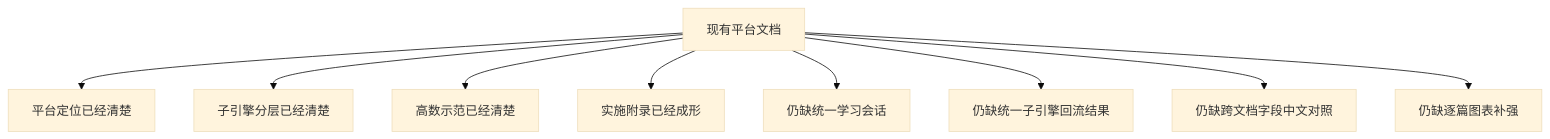
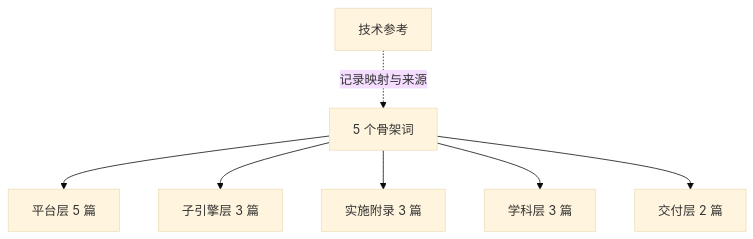
One commit to chenqsq/doc-showcase changed the third of 4 diagrams in CLAW_CODE_ANALYSIS_REPORT.md. Above: the diagram before and after it, drawn with Mermaid (base theme). The commit also changed other lines of this file and 17 other files, not shown here.

````diff
--- a/CLAW_CODE_ANALYSIS_REPORT.md
+++ b/CLAW_CODE_ANALYSIS_REPORT.md
@@ -126,11 +126,9 @@
 ```mermaid
 flowchart TD
-    A[现有平台文档] --> B[平台定位已经清楚]
-    A --> C[子引擎分层已经清楚]
-    A --> D[高数示范已经清楚]
-    A --> E[实施附录已经成形]
-    A --> F[仍缺统一学习会话]
-    A --> G[仍缺统一子引擎回流结果]
-    A --> H[仍缺跨文档字段中文对照]
-    A --> I[仍缺逐篇图表补强]
+    A[5 个骨架词] --> B[平台层 5 篇]
+    A --> C[子引擎层 3 篇]
+    A --> D[实施附录 3 篇]
+    A --> E[学科层 3 篇]
+    A --> F[交付层 2 篇]
+    G[技术参考] -.记录映射与来源.-> A
 ```
````
